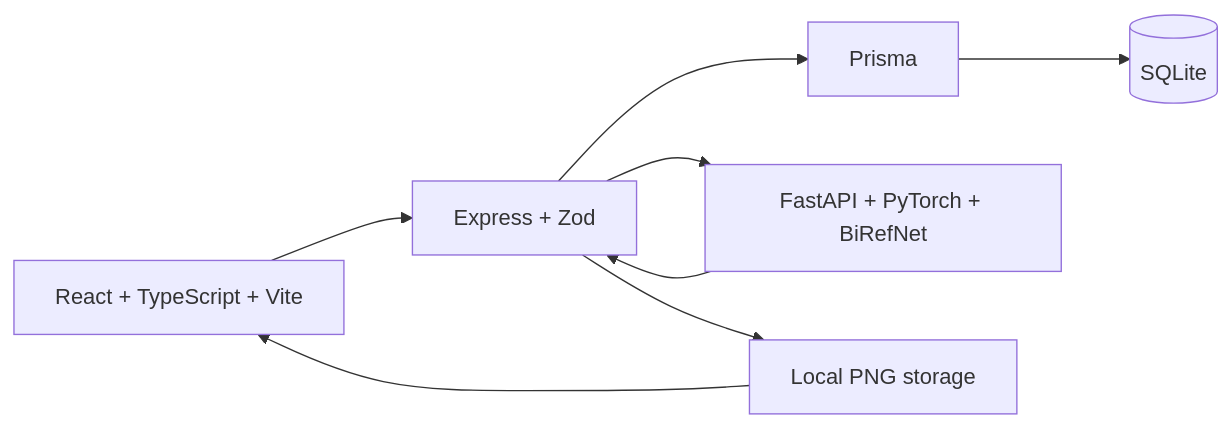
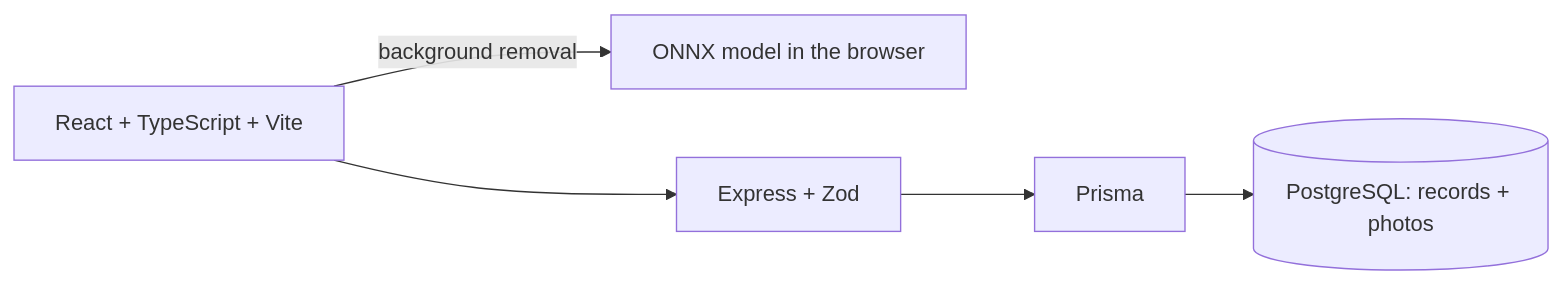
The diagram in README.md (BraydenReuter/outfit-picker), drawn with Mermaid before and after one commit. The commit also changed other lines of this file and 48 other files, not shown here.

````diff
--- a/README.md
+++ b/README.md
@@ -22,10 +20,7 @@
 ```mermaid
 flowchart LR
-  UI[React + TypeScript + Vite] --> API[Express + Zod]
+  UI[React + TypeScript + Vite] -- background removal --> ML[ONNX model in the browser]
+  UI --> API[Express + Zod]
   API --> ORM[Prisma]
-  ORM --> DB[(SQLite)]
-  API --> ML[FastAPI + PyTorch + BiRefNet]
-  ML --> API
-  API --> PNG[Local PNG storage]
-  PNG --> UI
+  ORM --> DB[(PostgreSQL: records + photos)]
 ```
````
